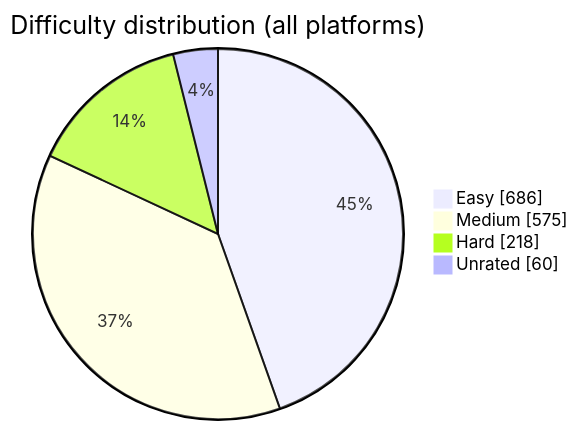
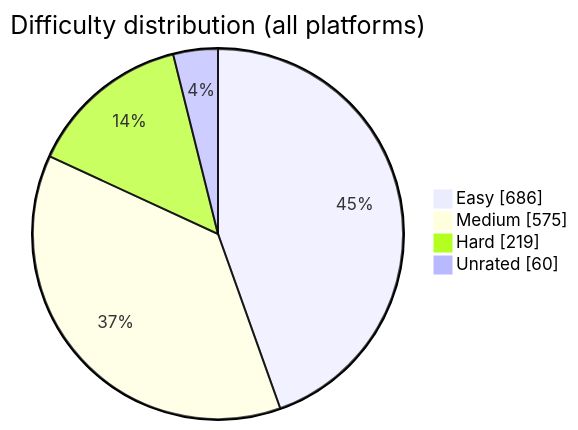
Before and after one commit to BuildbyArindam/Daily-Coding-Log: the diagram in README.md, drawn with Mermaid. The commit also changed other lines of this file, not shown here.

````diff
--- a/README.md
+++ b/README.md
@@ -93,7 +93,7 @@
 ```mermaid
 pie showData title Difficulty distribution (all platforms)
     "Easy" : 686
     "Medium" : 575
-    "Hard" : 218
+    "Hard" : 219
     "Unrated" : 60
 ```
````
